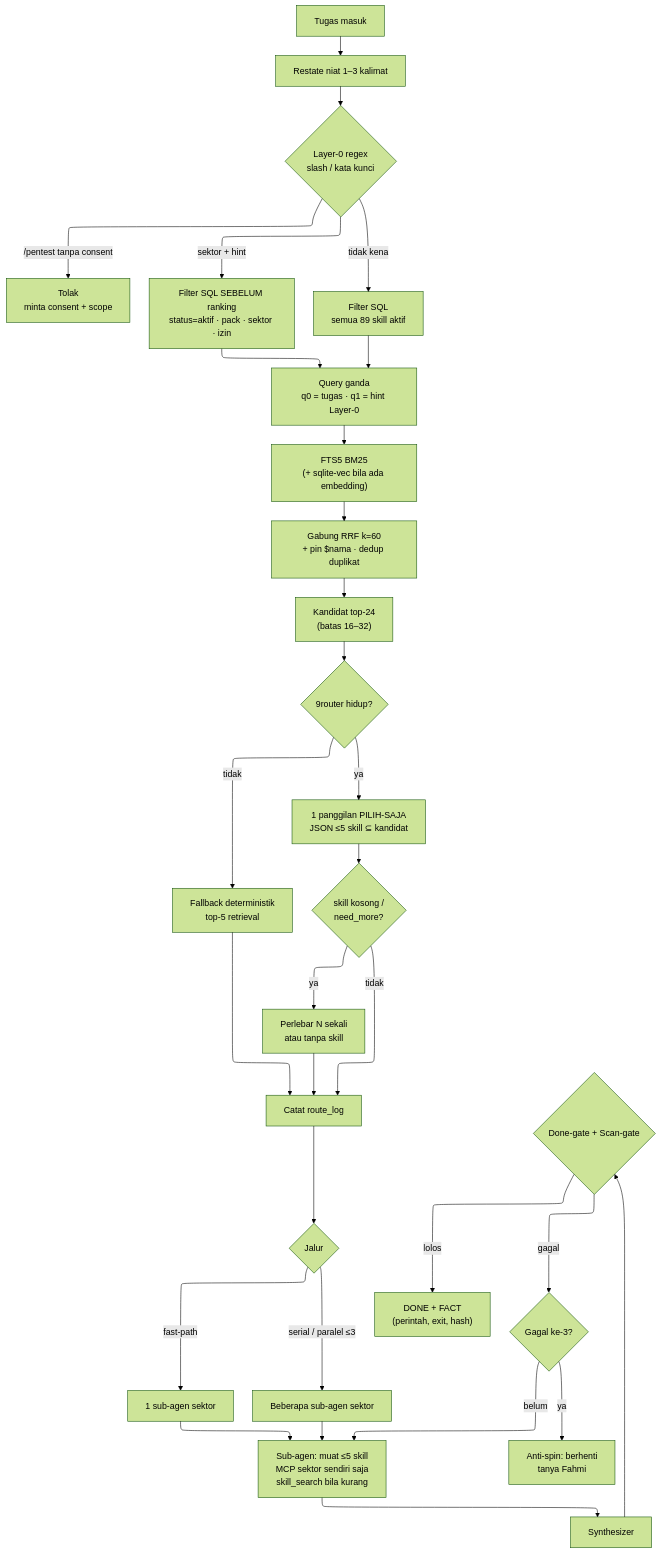
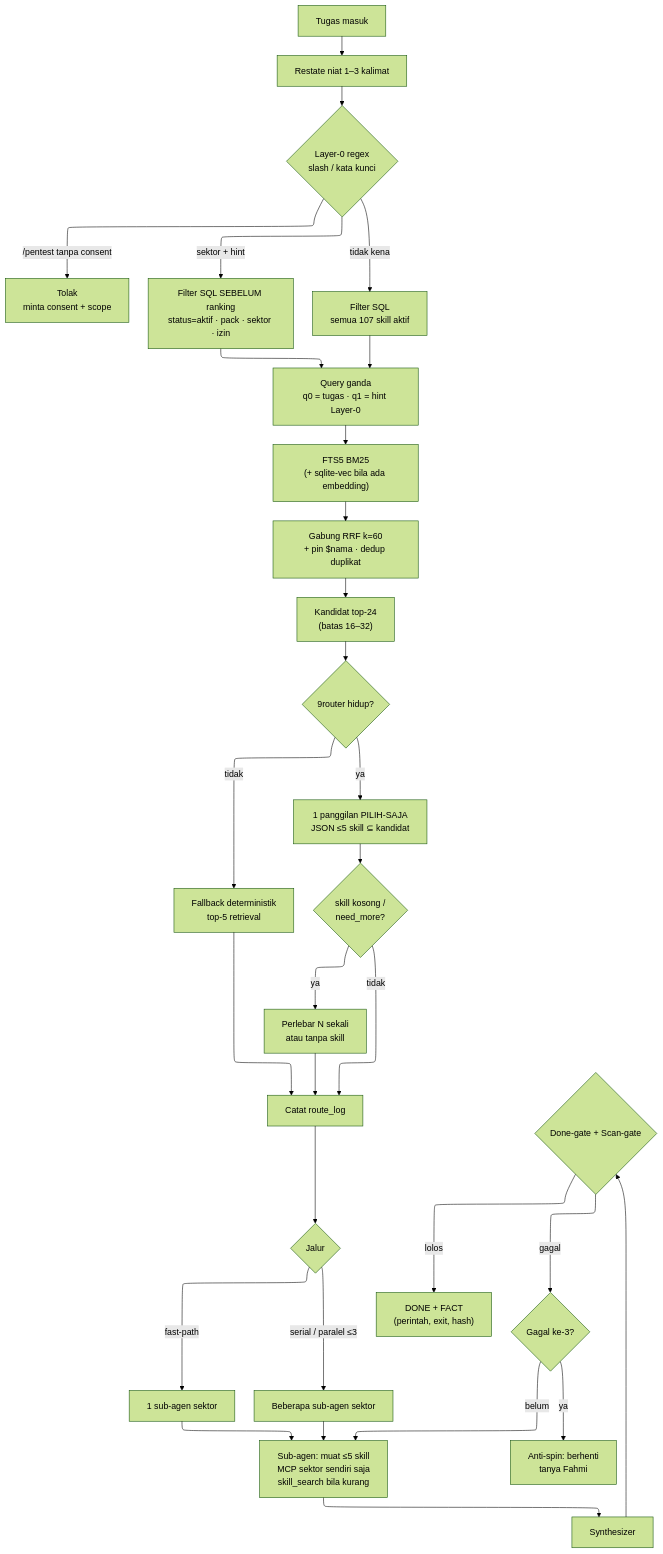
The diagram in docs/diagrams/orchestrator-final.mmd (fahmi0812/Lumitome), drawn with Mermaid (forest theme) before and after one commit. The commit also changed 3268 other files, not shown here.

```diff
--- a/docs/diagrams/orchestrator-final.mmd
+++ b/docs/diagrams/orchestrator-final.mmd
@@ -1,36 +1,36 @@
 ---
 config:
   layout: elk
   flowchart:
     padding: 16
 ---
 flowchart TB
   A["Tugas masuk"] --> B["Restate niat 1–3 kalimat"]
   B --> C{"Layer-0 regex<br/>slash / kata kunci"}
   C -- "/pentest tanpa consent" --> X["Tolak<br/>minta consent + scope"]
   C -- "sektor + hint" --> D["Filter SQL SEBELUM ranking<br/>status=aktif · pack · sektor · izin"]
-  C -- "tidak kena" --> D2["Filter SQL<br/>semua 89 skill aktif"]
+  C -- "tidak kena" --> D2["Filter SQL<br/>semua 107 skill aktif"]
   D --> E["Query ganda<br/>q0 = tugas · q1 = hint Layer-0"]
   D2 --> E
   E --> F["FTS5 BM25<br/>(+ sqlite-vec bila ada embedding)"]
   F --> G["Gabung RRF k=60<br/>+ pin $nama · dedup duplikat"]
   G --> H["Kandidat top-24<br/>(batas 16–32)"]
   H --> I{"9router hidup?"}
   I -- "ya" --> J["1 panggilan PILIH-SAJA<br/>JSON ≤5 skill ⊆ kandidat"]
   I -- "tidak" --> K["Fallback deterministik<br/>top-5 retrieval"]
   J --> L{"skill kosong /<br/>need_more?"}
   L -- "ya" --> M["Perlebar N sekali<br/>atau tanpa skill"]
   L -- "tidak" --> N["Catat route_log"]
   K --> N
   M --> N
   N --> O{"Jalur"}
   O -- "fast-path" --> P["1 sub-agen sektor"]
   O -- "serial / paralel ≤3" --> P2["Beberapa sub-agen sektor"]
   P --> Q["Sub-agen: muat ≤5 skill<br/>MCP sektor sendiri saja<br/>skill_search bila kurang"]
   P2 --> Q
   Q --> R["Synthesizer"]
   R --> S{"Done-gate + Scan-gate"}
   S -- "lolos" --> T["DONE + FACT<br/>(perintah, exit, hash)"]
   S -- "gagal" --> U{"Gagal ke-3?"}
   U -- "belum" --> Q
   U -- "ya" --> V["Anti-spin: berhenti<br/>tanya Fahmi"]
```
